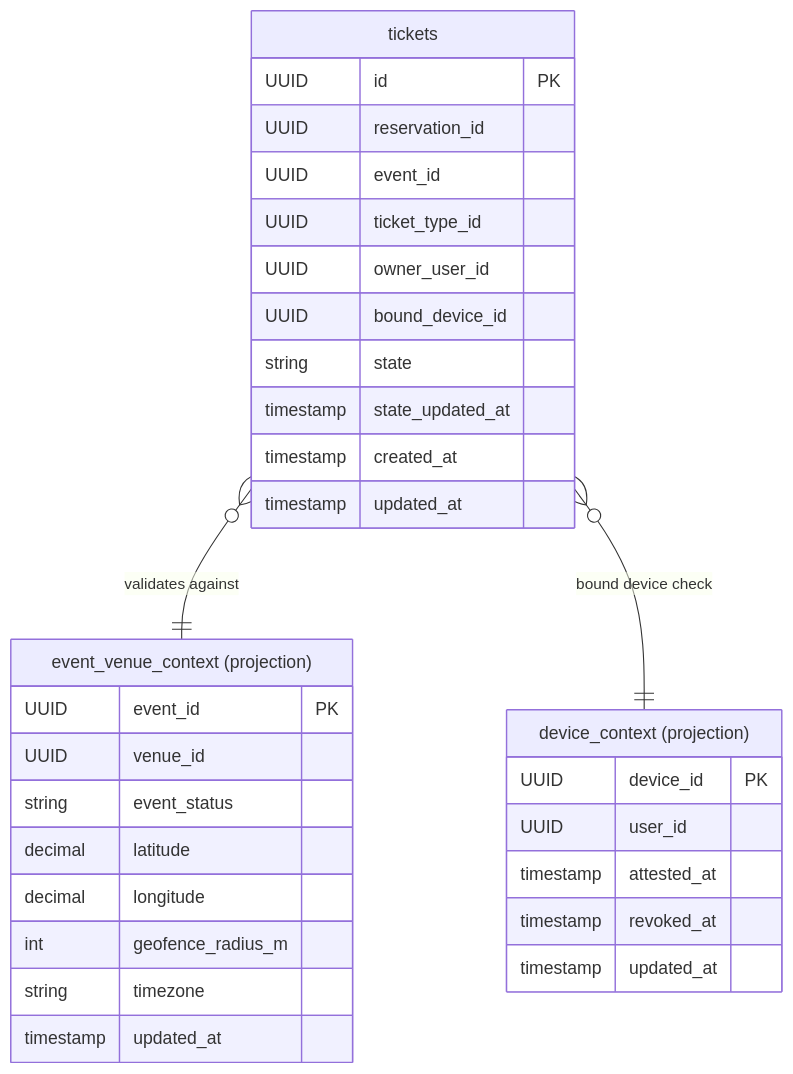
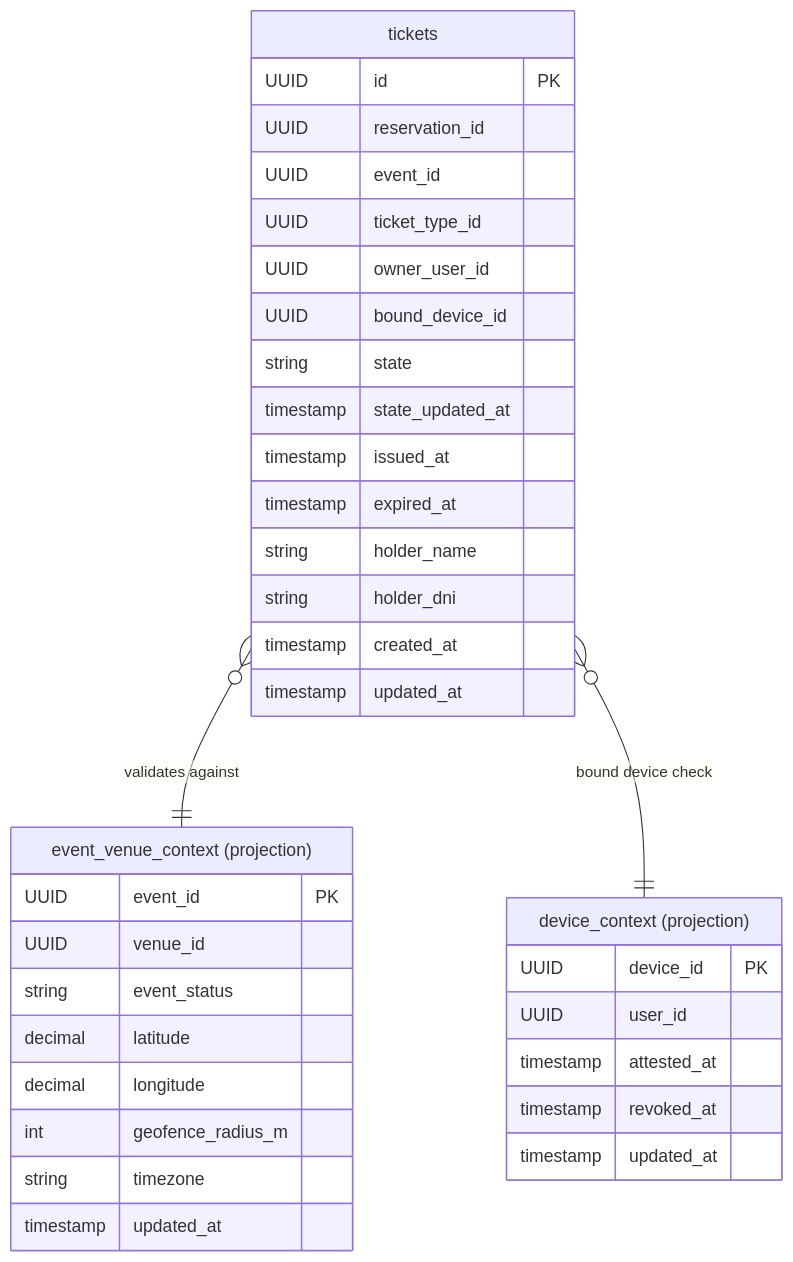
One commit to cristiangilsanz/qrew changed the diagram in docs/api/services/ticketing/schema.md. Above: the diagram before and after it, drawn with Mermaid. The commit also changed other lines of this file and 222 other files, not shown here.

````diff
--- a/docs/api/services/ticketing/schema.md
+++ b/docs/api/services/ticketing/schema.md
@@ -3,37 +3,41 @@
 ```mermaid
 erDiagram
     tickets {
         UUID id PK
         UUID reservation_id
         UUID event_id
         UUID ticket_type_id
         UUID owner_user_id
         UUID bound_device_id
         string state
         timestamp state_updated_at
+        timestamp issued_at
+        timestamp expired_at
+        string holder_name
+        string holder_dni
         timestamp created_at
         timestamp updated_at
     }
 
     event_venue_context["event_venue_context (projection)"] {
         UUID event_id PK
         UUID venue_id
         string event_status
         decimal latitude
         decimal longitude
         int geofence_radius_m
         string timezone
         timestamp updated_at
     }
 
     device_context["device_context (projection)"] {
         UUID device_id PK
         UUID user_id
         timestamp attested_at
         timestamp revoked_at
         timestamp updated_at
     }
 
     tickets }o--|| event_venue_context : "validates against"
     tickets }o--|| device_context : "bound device check"
 ```
````
